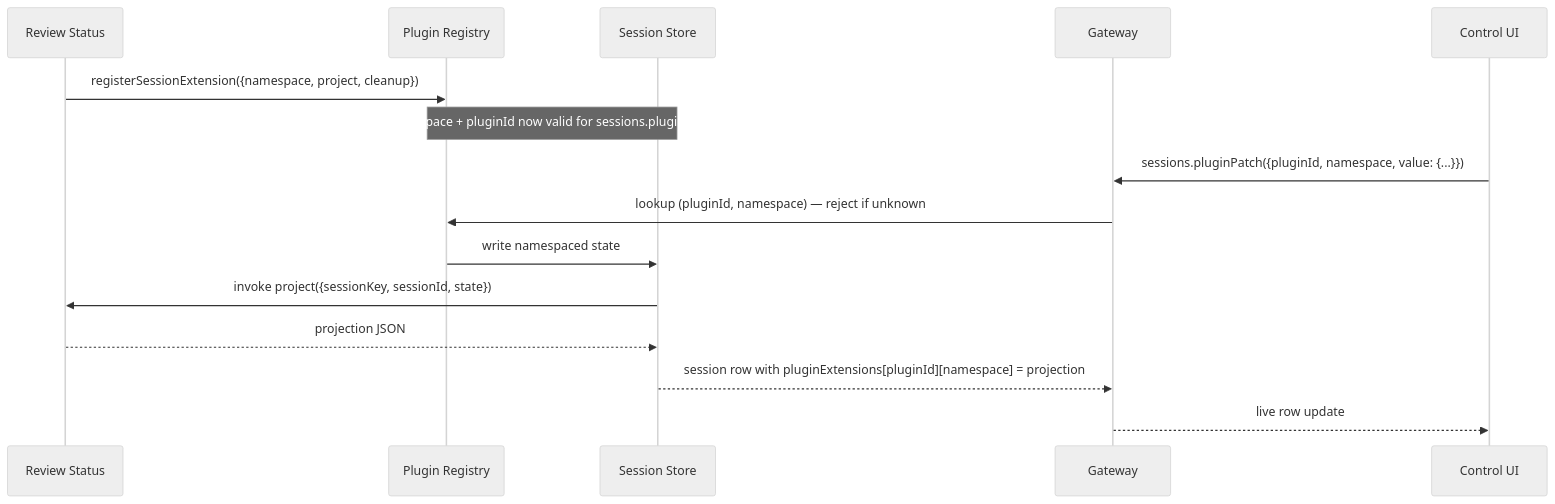
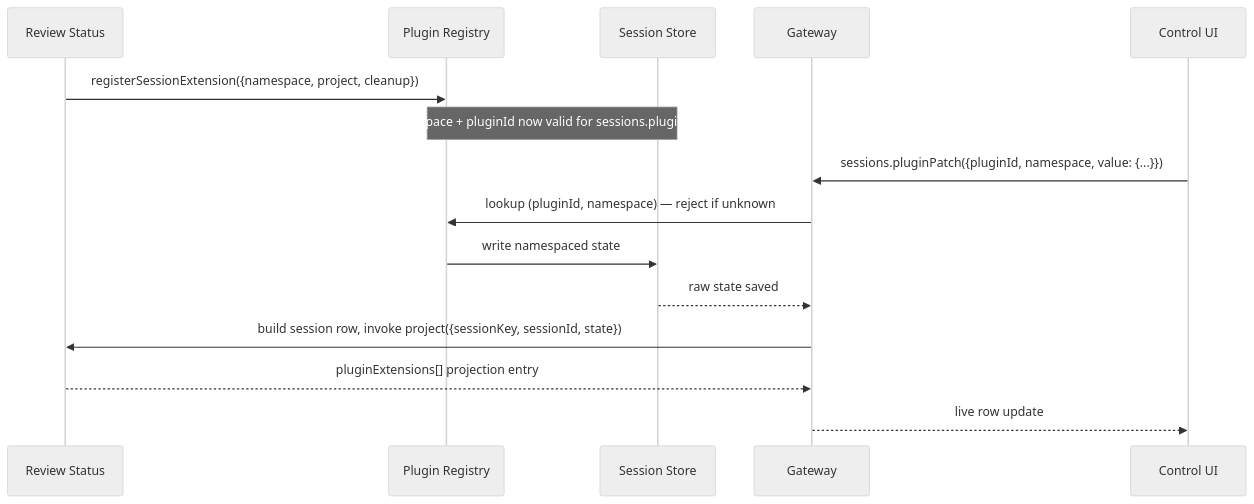
One commit to openclaw/openclaw changed the second of 23 diagrams in docs/plugins/host-hooks-examples.md. Above: the diagram before and after it, drawn with Mermaid (neutral theme). The commit also changed other lines of this file, not shown here.

Commit message:
docs(plugin-sdk): align host hook recipes with contracts

````diff
--- a/docs/plugins/host-hooks-examples.md
+++ b/docs/plugins/host-hooks-examples.md
@@ -171,19 +171,19 @@
 ```mermaid
 sequenceDiagram
   participant Plugin as Review Status
   participant Reg as Plugin Registry
   participant Store as Session Store
   participant GW as Gateway
   participant UI as Control UI
 
   Plugin->>Reg: registerSessionExtension({namespace, project, cleanup})
   Note over Reg,Store: namespace + pluginId now valid for sessions.pluginPatch
 
   UI->>GW: sessions.pluginPatch({pluginId, namespace, value: {...}})
   GW->>Reg: lookup (pluginId, namespace) — reject if unknown
   Reg->>Store: write namespaced state
-  Store->>Plugin: invoke project({sessionKey, sessionId, state})
-  Plugin-->>Store: projection JSON
-  Store-->>GW: session row with pluginExtensions[pluginId][namespace] = projection
+  Store-->>GW: raw state saved
+  GW->>Plugin: build session row, invoke project({sessionKey, sessionId, state})
+  Plugin-->>GW: pluginExtensions[] projection entry
   GW-->>UI: live row update
 ```
````
